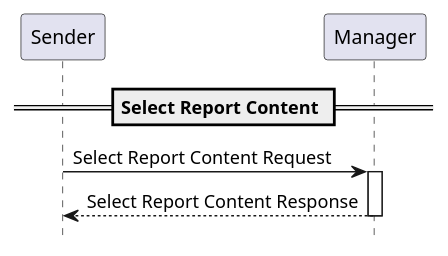
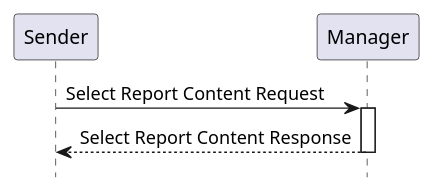
The diagram in input/images-source/rad-x6-seq.plantuml (IHE/RAD.IRA), drawn with PlantUML before and after one commit. The commit also changed 3 other files, not shown here.

```diff
--- a/input/images-source/rad-x6-seq.plantuml
+++ b/input/images-source/rad-x6-seq.plantuml
@@ -1,15 +1,13 @@
 @startuml
 
 hide footbox
 
 participant "Sender" as Sender
 participant "Manager" as Manager
 
-== Select Report Content ==
-
 Sender->Manager: Select Report Content Request
 activate Manager
 Manager-->Sender: Select Report Content Response
 deactivate Manager
 
 @enduml
```
